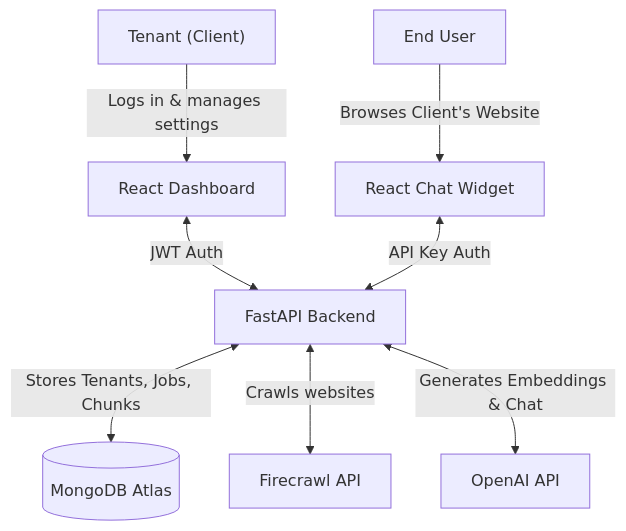
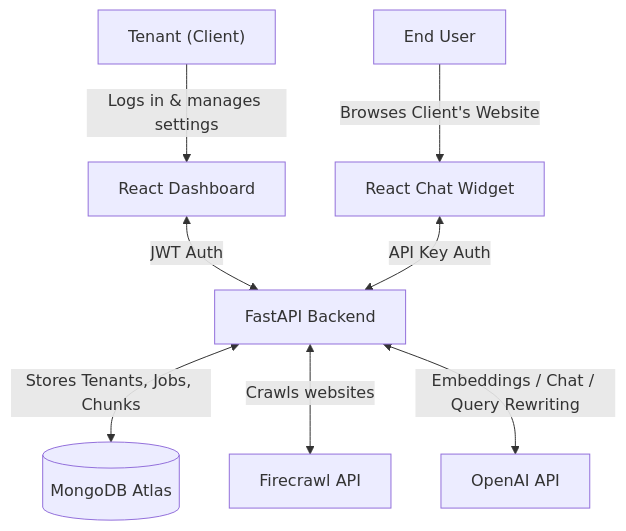
Before and after one commit to Himanshu-Jha-rgb/AI_Chatbot_widget: the first of 4 diagrams in README.md, drawn with Mermaid. The commit also changed other lines of this file and 3 other files, not shown here.

Commit message:
feat: implement query rewriting and enhance search logic in chat API

````diff
--- a/README.md
+++ b/README.md
@@ -8,12 +8,12 @@
 ```mermaid
 graph TD
     Client["Tenant (Client)"] -->|Logs in & manages settings| Dashboard["React Dashboard"]
     Dashboard <-->|JWT Auth| API["FastAPI Backend"]
     
     EndUser["End User"] -->|Browses Client's Website| Widget["React Chat Widget"]
     Widget <-->|API Key Auth| API
     
     API <-->|Stores Tenants, Jobs, Chunks| MongoDB[("MongoDB Atlas")]
     API <-->|Crawls websites| Firecrawl["Firecrawl API"]
-    API <-->|Generates Embeddings & Chat| OpenAI["OpenAI API"]
+    API <-->|Embeddings / Chat / Query Rewriting| OpenAI["OpenAI API"]
 ```
````
